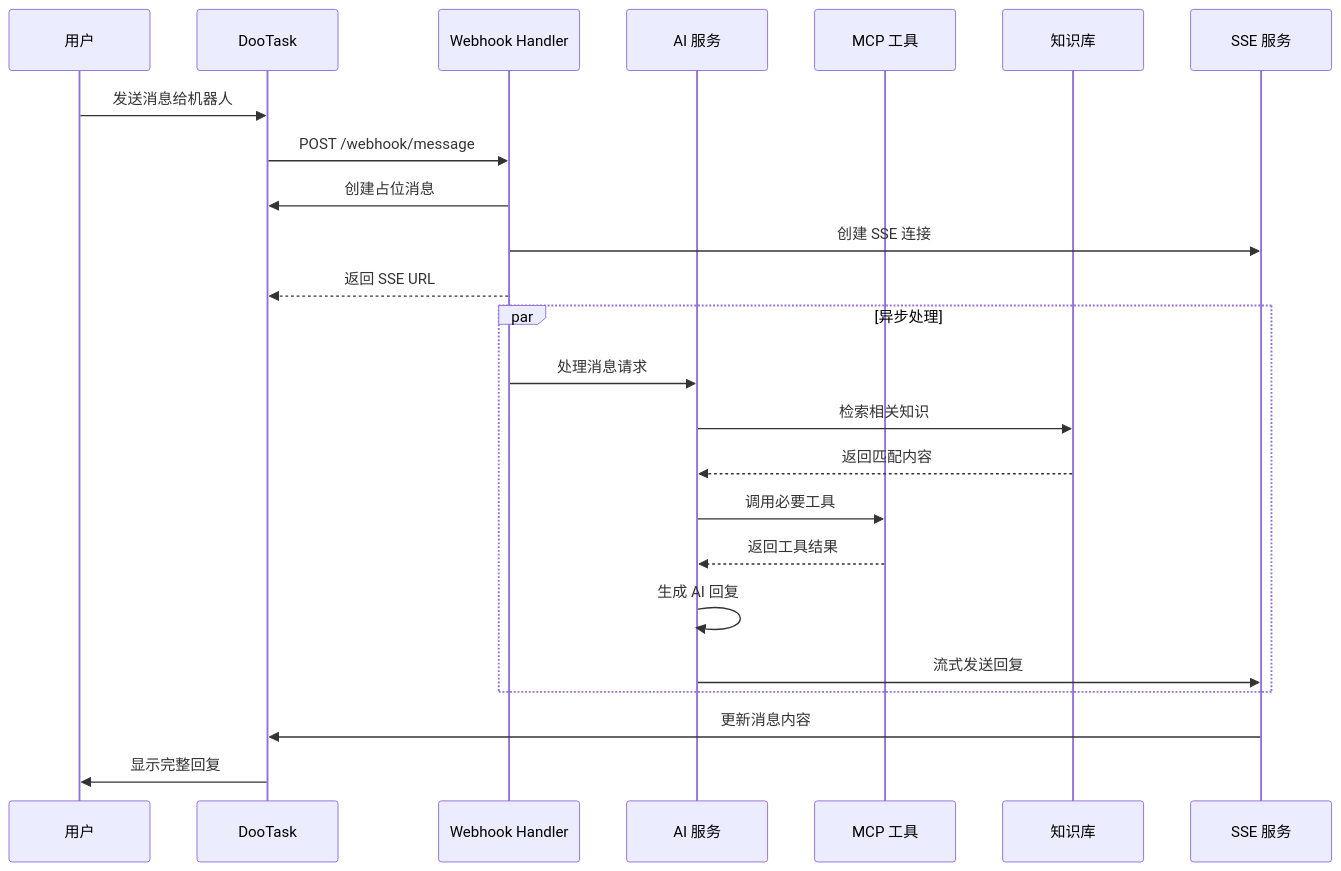
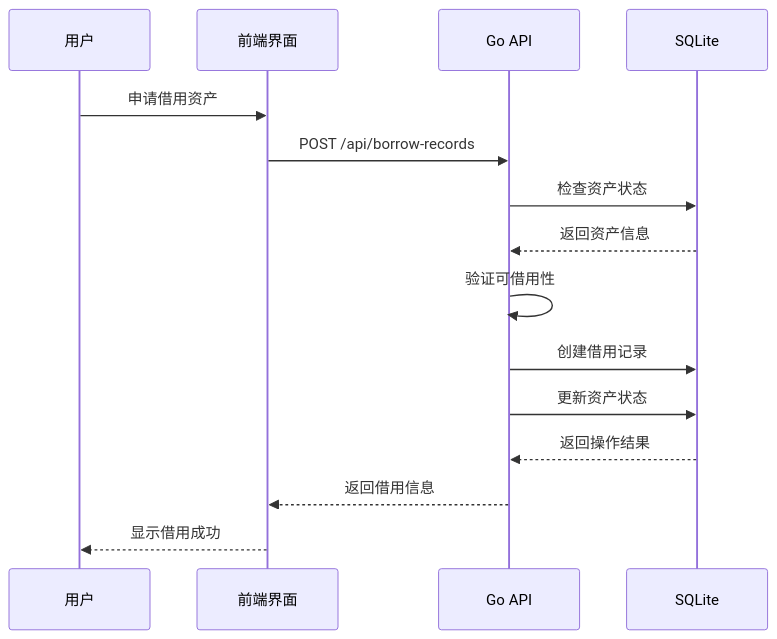
Before and after one commit to dootask/assets: the third of 3 diagrams in docs/ARCHITECTURE.md, drawn with Mermaid. The commit also changed other lines of this file and 203 other files, not shown here.

````diff
--- a/docs/ARCHITECTURE.md
+++ b/docs/ARCHITECTURE.md
@@ -485,29 +240,18 @@
 ```mermaid
 sequenceDiagram
     participant U as 用户
-    participant DT as DooTask
-    participant WH as Webhook Handler
-    participant AI as AI 服务
-    participant MCP as MCP 工具
-    participant KB as 知识库
-    participant SSE as SSE 服务
+    participant UI as 前端界面
+    participant API as Go API
+    participant DB as SQLite
 
-    U->>DT: 发送消息给机器人
-    DT->>WH: POST /webhook/message
-    WH->>DT: 创建占位消息
-    WH->>SSE: 创建 SSE 连接
-    WH-->>DT: 返回 SSE URL
-
-    par 异步处理
-        WH->>AI: 处理消息请求
-        AI->>KB: 检索相关知识
-        KB-->>AI: 返回匹配内容
-        AI->>MCP: 调用必要工具
-        MCP-->>AI: 返回工具结果
-        AI->>AI: 生成 AI 回复
-        AI->>SSE: 流式发送回复
-    end
-
-    SSE->>DT: 更新消息内容
-    DT->>U: 显示完整回复
+    U->>UI: 申请借用资产
+    UI->>API: POST /api/borrow-records
+    API->>DB: 检查资产状态
+    DB-->>API: 返回资产信息
+    API->>API: 验证可借用性
+    API->>DB: 创建借用记录
+    API->>DB: 更新资产状态
+    DB-->>API: 返回操作结果
+    API-->>UI: 返回借用信息
+    UI-->>U: 显示借用成功
 ```
````
